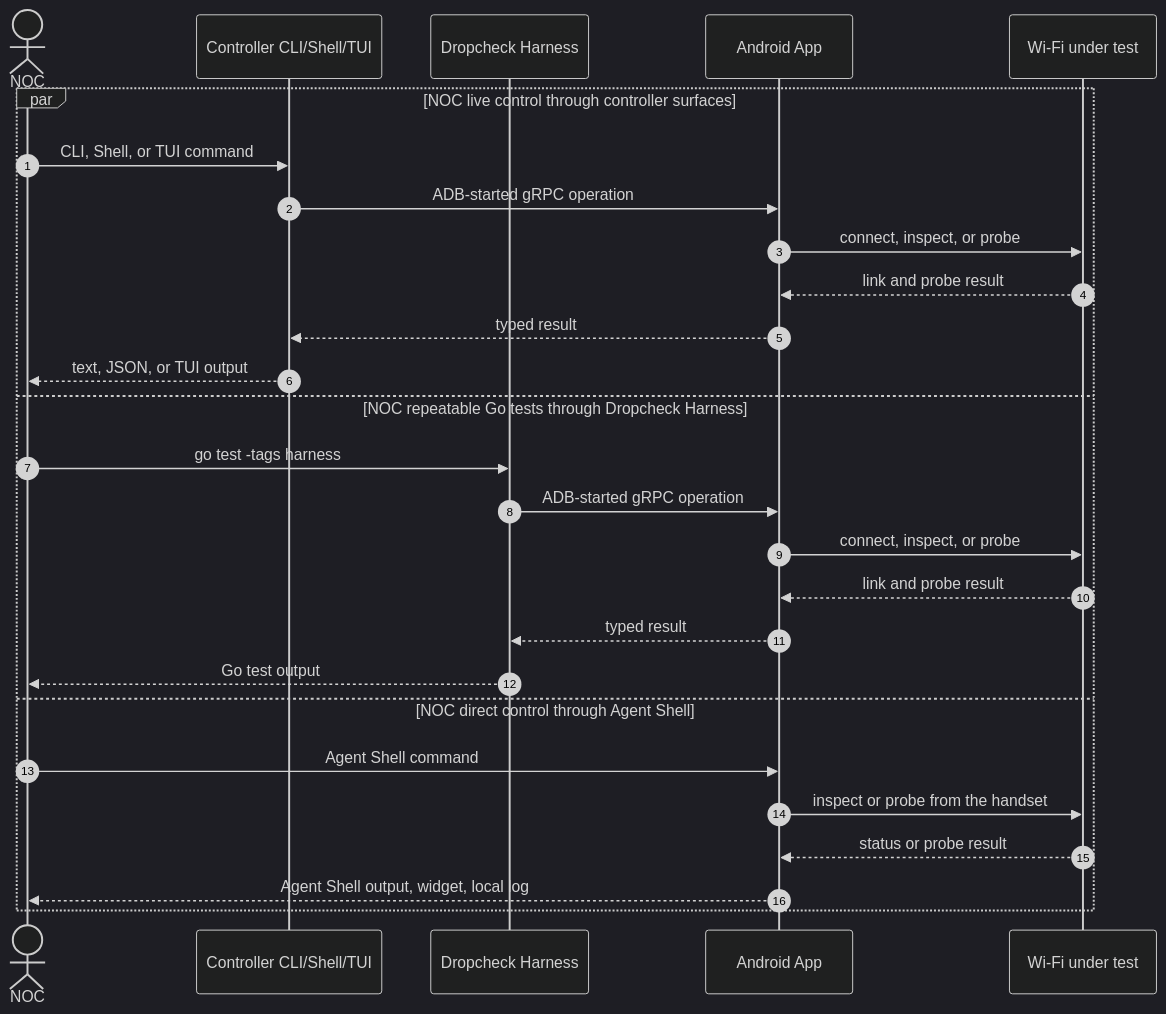
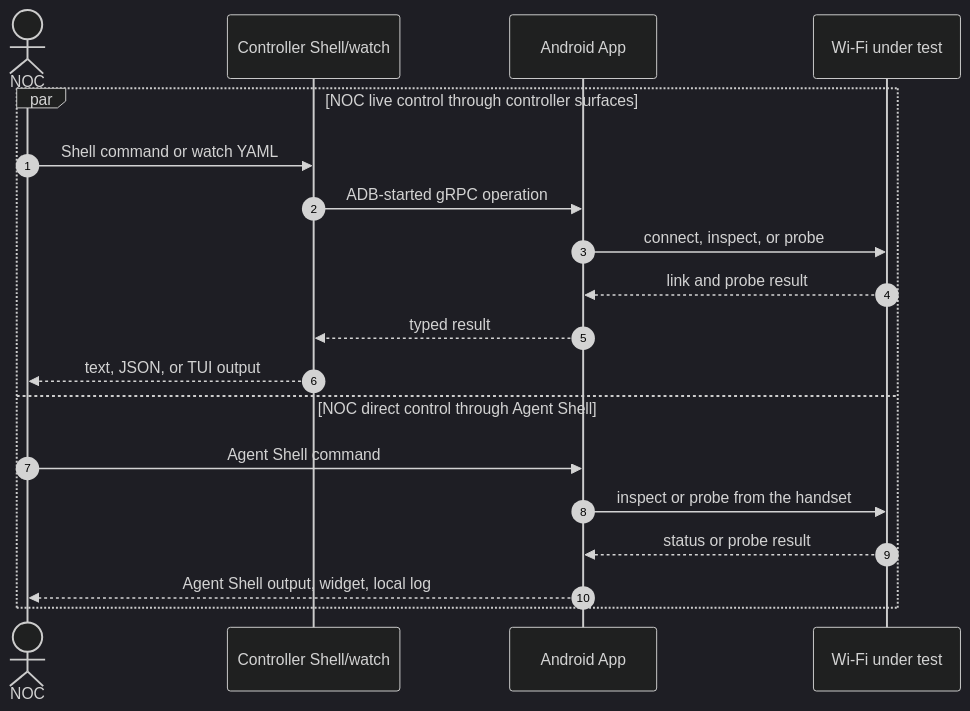
One commit to mi2428/dropcheck-agent changed the diagram in README.md. Above: the diagram before and after it, drawn with Mermaid (dark theme). The commit also changed other lines of this file and 3 other files, not shown here.

````diff
--- a/README.md
+++ b/README.md
@@ -14,30 +13,22 @@
 ```mermaid
 sequenceDiagram
   autonumber
   actor NOC as NOC
-  participant Controller as Controller CLI/Shell/TUI
-  participant Harness as Dropcheck Harness
+  participant Controller as Controller Shell/watch
   participant App as Android App
   participant WiFi as Wi-Fi under test
 
   par NOC live control through controller surfaces
-    NOC->>Controller: CLI, Shell, or TUI command
+    NOC->>Controller: Shell command or watch YAML
     Controller->>App: ADB-started gRPC operation
     App->>WiFi: connect, inspect, or probe
     WiFi-->>App: link and probe result
     App-->>Controller: typed result
     Controller-->>NOC: text, JSON, or TUI output
-  and NOC repeatable Go tests through Dropcheck Harness
-    NOC->>Harness: go test -tags harness
-    Harness->>App: ADB-started gRPC operation
-    App->>WiFi: connect, inspect, or probe
-    WiFi-->>App: link and probe result
-    App-->>Harness: typed result
-    Harness-->>NOC: Go test output
   and NOC direct control through Agent Shell
     NOC->>App: Agent Shell command
     App->>WiFi: inspect or probe from the handset
     WiFi-->>App: status or probe result
     App-->>NOC: Agent Shell output, widget, local log
   end
 ```
````
